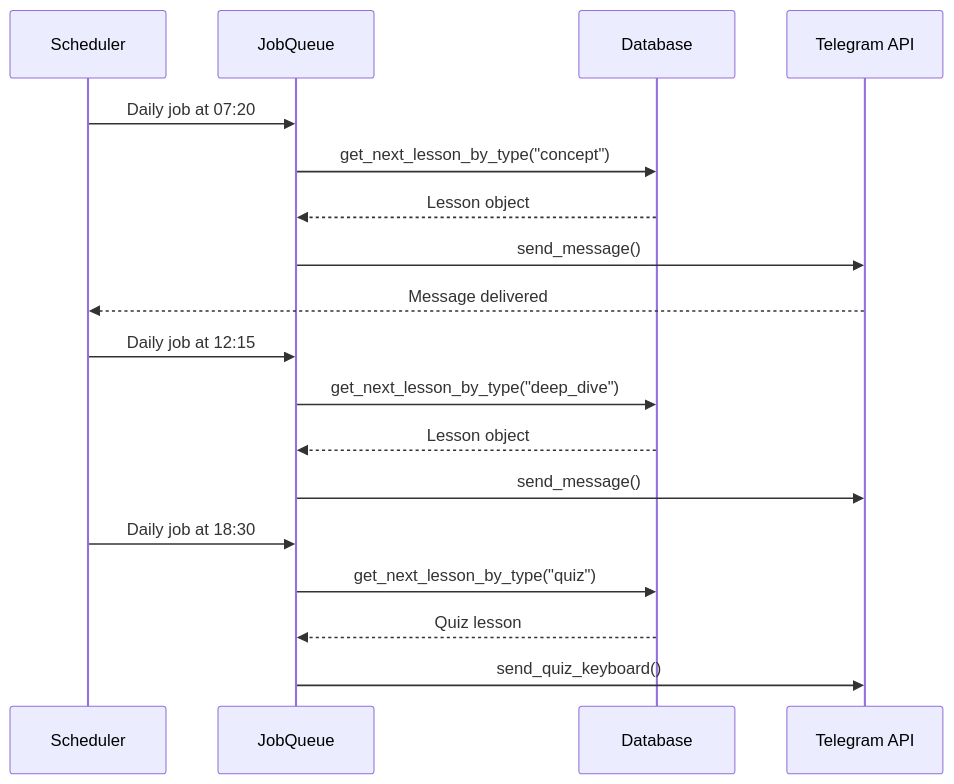
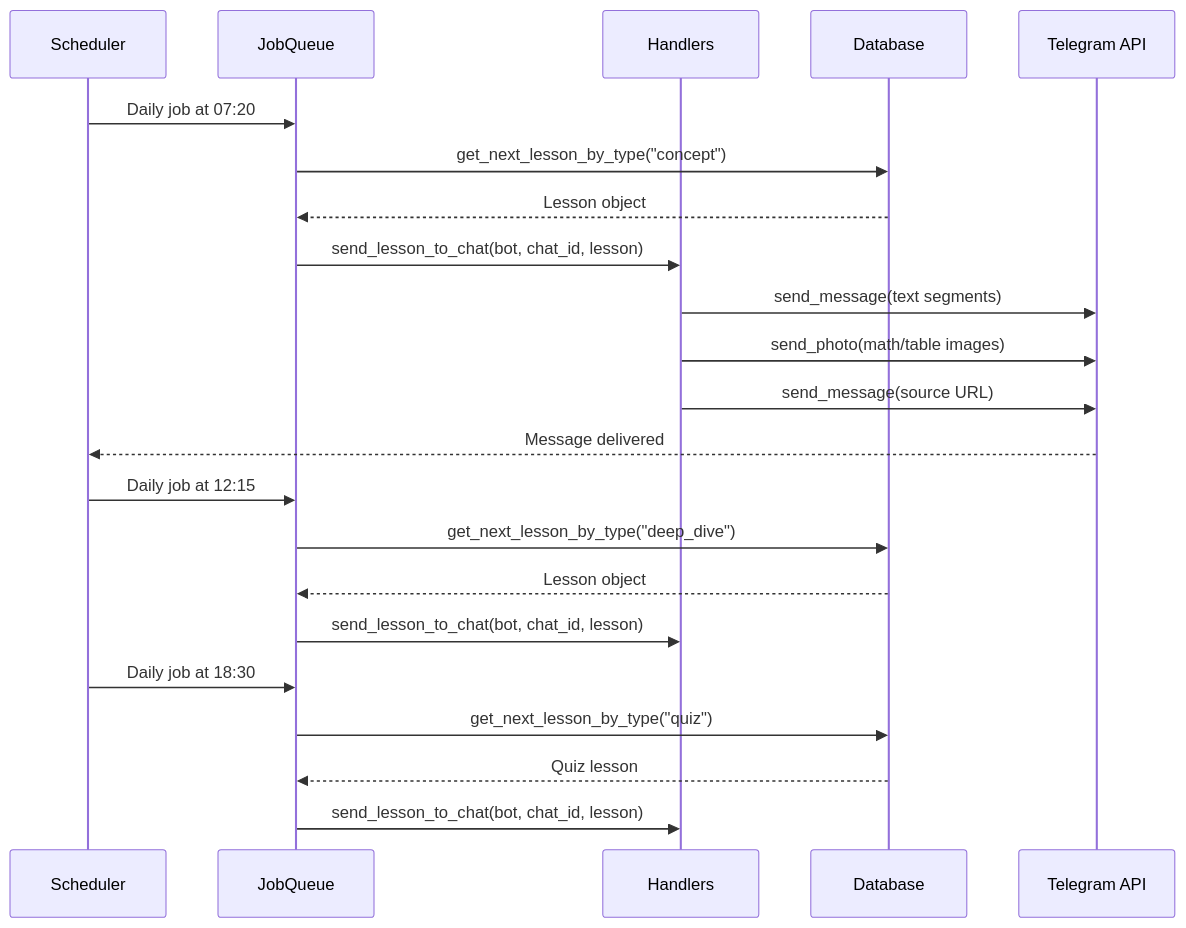
One commit to DuongDoNgoc/feynman-lectures-bot changed the fourth of 13 diagrams in docs/system-architecture.md. Above: the diagram before and after it, drawn with Mermaid. The commit also changed other lines of this file and 7 other files, not shown here.

First line of the commit message:
docs: update all docs for table rendering, delivery refactor, bot live

````diff
--- a/docs/system-architecture.md
+++ b/docs/system-architecture.md
@@ -123,23 +123,27 @@
 ```mermaid
 sequenceDiagram
     participant S as Scheduler
     participant JQ as JobQueue
+    participant H as Handlers
     participant DB as Database
     participant T as Telegram API
 
     S->>JQ: Daily job at 07:20
     JQ->>DB: get_next_lesson_by_type("concept")
     DB-->>JQ: Lesson object
-    JQ->>T: send_message()
+    JQ->>H: send_lesson_to_chat(bot, chat_id, lesson)
+    H->>T: send_message(text segments)
+    H->>T: send_photo(math/table images)
+    H->>T: send_message(source URL)
     T-->>S: Message delivered
 
     S->>JQ: Daily job at 12:15
     JQ->>DB: get_next_lesson_by_type("deep_dive")
     DB-->>JQ: Lesson object
-    JQ->>T: send_message()
+    JQ->>H: send_lesson_to_chat(bot, chat_id, lesson)
 
     S->>JQ: Daily job at 18:30
     JQ->>DB: get_next_lesson_by_type("quiz")
     DB-->>JQ: Quiz lesson
-    JQ->>T: send_quiz_keyboard()
+    JQ->>H: send_lesson_to_chat(bot, chat_id, lesson)
 ```
````
